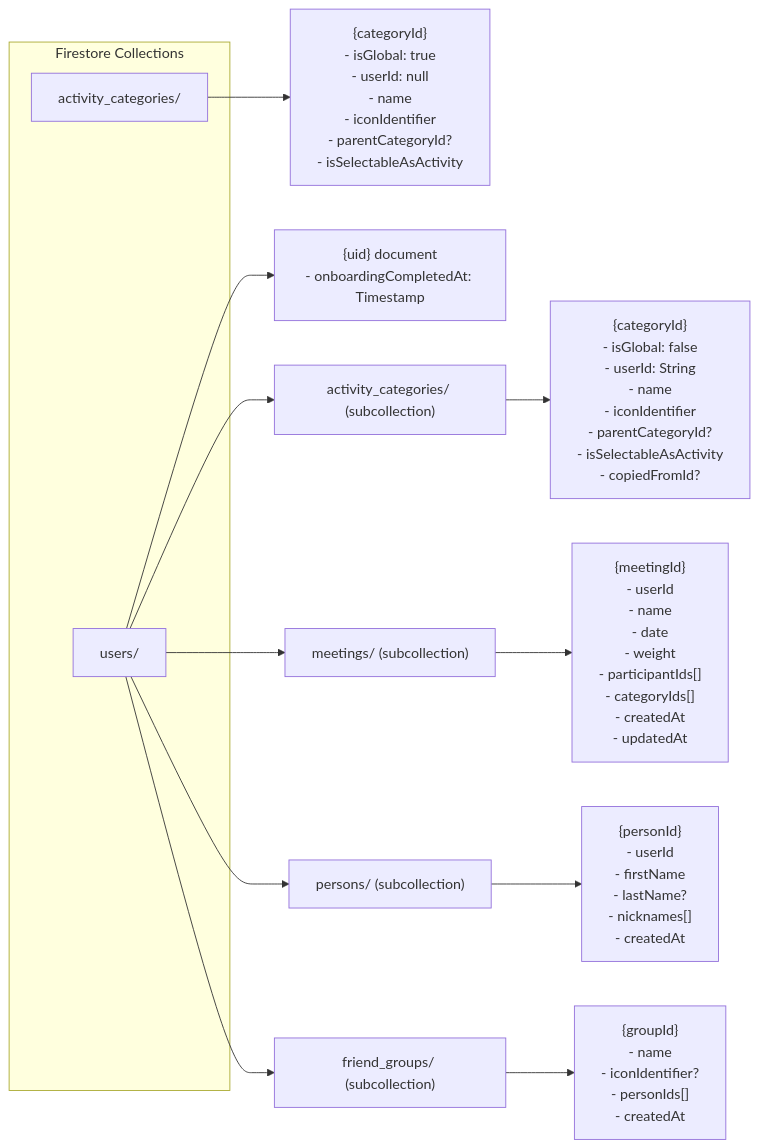
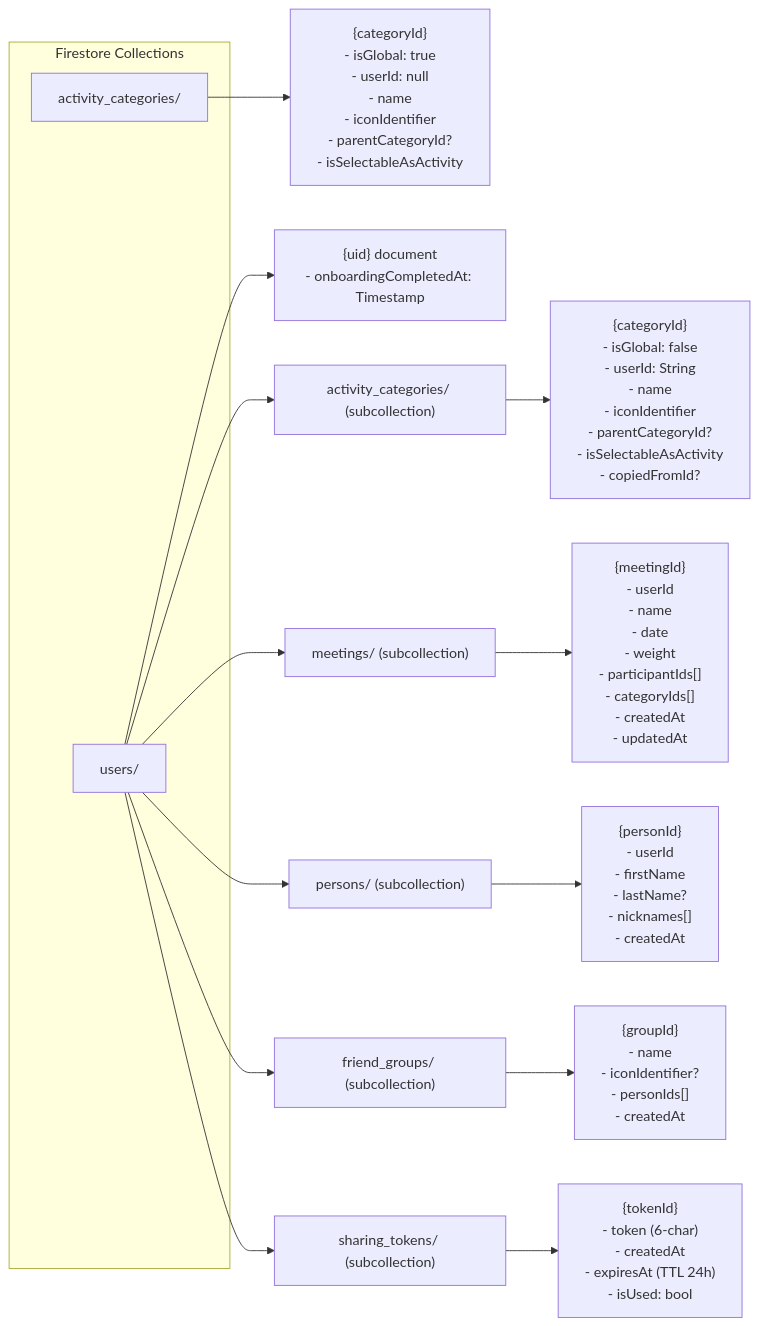
Before and after one commit to aleksanderginalski/Friendsheet-App: the fourth of 5 diagrams in docs/architecture.md, drawn with Mermaid. The commit also changed other lines of this file and 3 other files, not shown here.

Commit message:
docs: update documentation for US-089 (BACKLOG.md, architecture.md, TEST_CASES.md, README.md)

````diff
--- a/docs/architecture.md
+++ b/docs/architecture.md
@@ -549,23 +547,26 @@
 ```mermaid
 graph LR
     subgraph "Firestore Collections"
         A[activity_categories/]
         U[users/]
     end
 
     A --> A1["{categoryId}<br/>- isGlobal: true<br/>- userId: null<br/>- name<br/>- iconIdentifier<br/>- parentCategoryId?<br/>- isSelectableAsActivity"]
 
     U --> UD["{uid} document<br/>- onboardingCompletedAt: Timestamp"]
     U --> UAC["activity_categories/ (subcollection)"]
     U --> UM["meetings/ (subcollection)"]
     U --> UP["persons/ (subcollection)"]
     U --> UFG["friend_groups/ (subcollection)"]
+    U --> UST["sharing_tokens/ (subcollection)"]
 
     UAC --> UAC1["{categoryId}<br/>- isGlobal: false<br/>- userId: String<br/>- name<br/>- iconIdentifier<br/>- parentCategoryId?<br/>- isSelectableAsActivity<br/>- copiedFromId?"]
 
     UM --> UM1["{meetingId}<br/>- userId<br/>- name<br/>- date<br/>- weight<br/>- participantIds[]<br/>- categoryIds[]<br/>- createdAt<br/>- updatedAt"]
 
     UP --> UP1["{personId}<br/>- userId<br/>- firstName<br/>- lastName?<br/>- nicknames[]<br/>- createdAt"]
 
     UFG --> UFG1["{groupId}<br/>- name<br/>- iconIdentifier?<br/>- personIds[]<br/>- createdAt"]
+
+    UST --> UST1["{tokenId}<br/>- token (6-char)<br/>- createdAt<br/>- expiresAt (TTL 24h)<br/>- isUsed: bool"]
 ```
````
